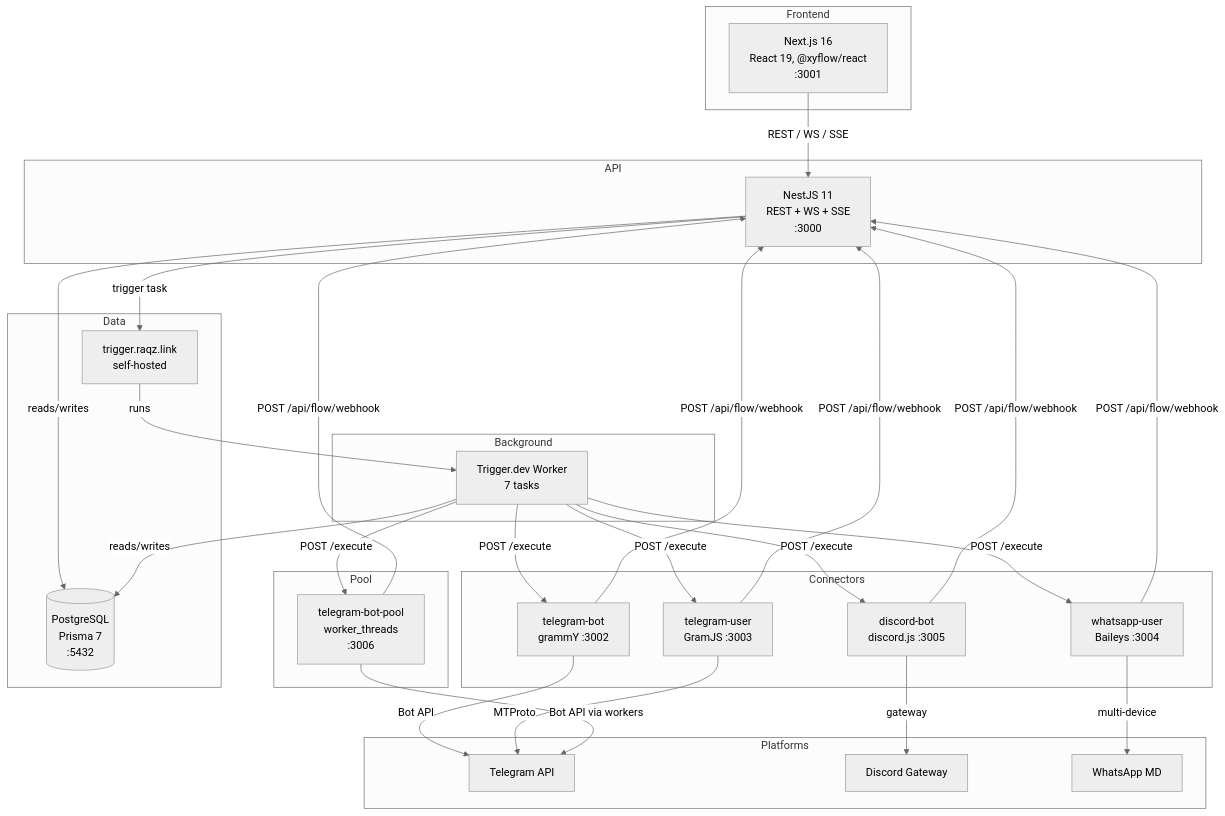
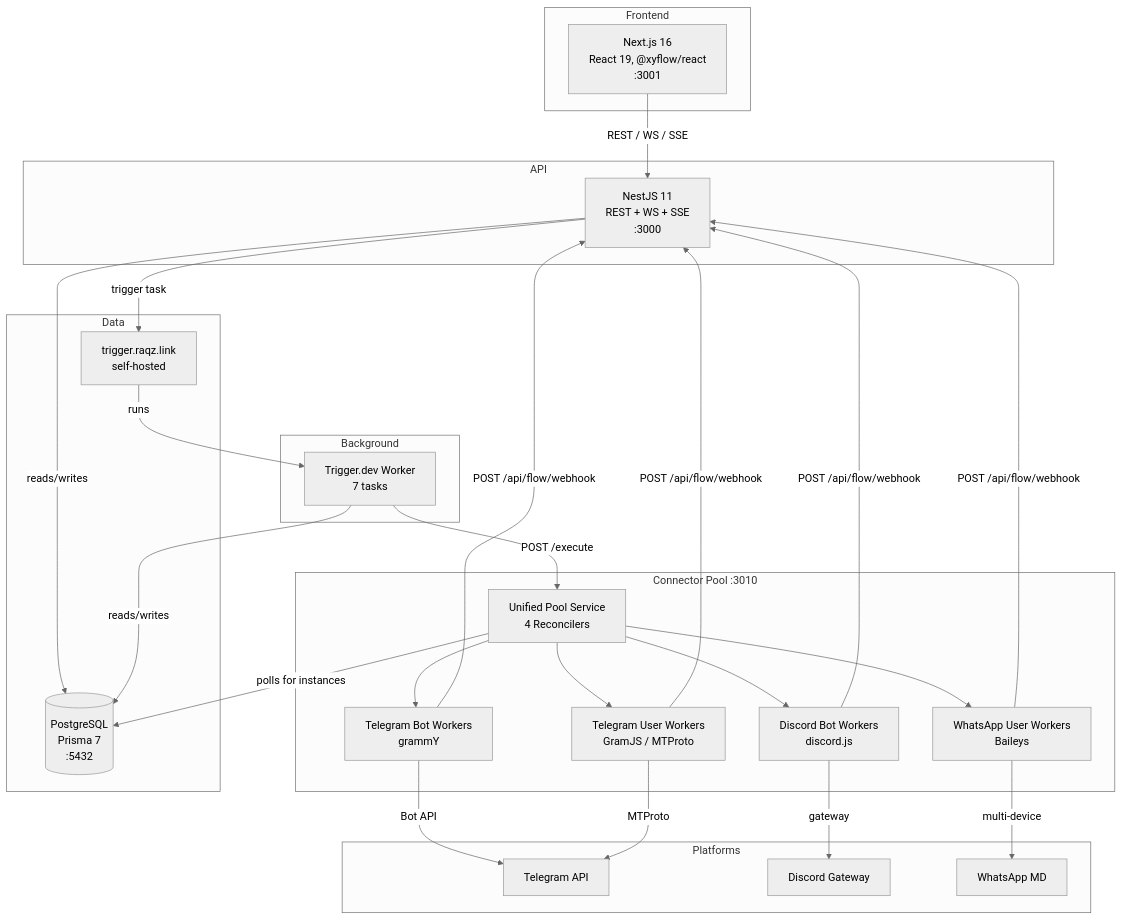
The first of 10 diagrams in docs/system-design.md (kolezka/flowbot), drawn with Mermaid (neutral theme) before and after one commit. The commit also changed other lines of this file and 1 other file, not shown here.

First line of the commit message:
docs: update README and system-design for unified connector pool

````diff
--- a/docs/system-design.md
+++ b/docs/system-design.md
@@ -9,52 +9,49 @@
 ```mermaid
 graph TB
     subgraph Frontend
         FE[Next.js 16<br/>React 19, @xyflow/react<br/>:3001]
     end
 
     subgraph API
         NestJS[NestJS 11<br/>REST + WS + SSE<br/>:3000]
     end
 
-    subgraph Connectors
-        TB[telegram-bot<br/>grammY :3002]
-        TU[telegram-user<br/>GramJS :3003]
-        WA[whatsapp-user<br/>Baileys :3004]
-        DC[discord-bot<br/>discord.js :3005]
-    end
-
-    subgraph Pool
-        POOL[telegram-bot-pool<br/>worker_threads<br/>:3006]
+    subgraph "Connector Pool :3010"
+        CP[Unified Pool Service<br/>4 Reconcilers]
+        TBW[Telegram Bot Workers<br/>grammY]
+        TUW[Telegram User Workers<br/>GramJS / MTProto]
+        WAW[WhatsApp User Workers<br/>Baileys]
+        DCW[Discord Bot Workers<br/>discord.js]
+        CP --> TBW & TUW & WAW & DCW
     end
 
     subgraph Background
         TRIGGER[Trigger.dev Worker<br/>7 tasks]
     end
 
     subgraph Data
         PG[(PostgreSQL<br/>Prisma 7<br/>:5432)]
         TRIGHOST[trigger.raqz.link<br/>self-hosted]
     end
 
     subgraph Platforms
         TG_API[Telegram API]
         DC_API[Discord Gateway]
         WA_API[WhatsApp MD]
     end
 
     FE -- REST / WS / SSE --> NestJS
     NestJS -- trigger task --> TRIGHOST
     TRIGHOST -- runs --> TRIGGER
-    TRIGGER -- POST /execute --> TB & TU & WA & DC & POOL
+    TRIGGER -- POST /execute --> CP
     NestJS -- reads/writes --> PG
     TRIGGER -- reads/writes --> PG
+    CP -- polls for instances --> PG
 
-    TB -- Bot API --> TG_API
-    TU -- MTProto --> TG_API
-    WA -- multi-device --> WA_API
-    DC -- gateway --> DC_API
-    POOL -- Bot API via workers --> TG_API
+    TBW -- Bot API --> TG_API
+    TUW -- MTProto --> TG_API
+    WAW -- multi-device --> WA_API
+    DCW -- gateway --> DC_API
 
-    TB & TU & WA & DC -- POST /api/flow/webhook --> NestJS
-    POOL -- POST /api/flow/webhook --> NestJS
+    TBW & TUW & WAW & DCW -- POST /api/flow/webhook --> NestJS
 ```
````
